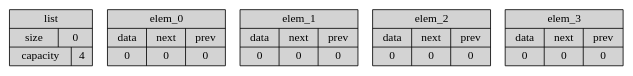
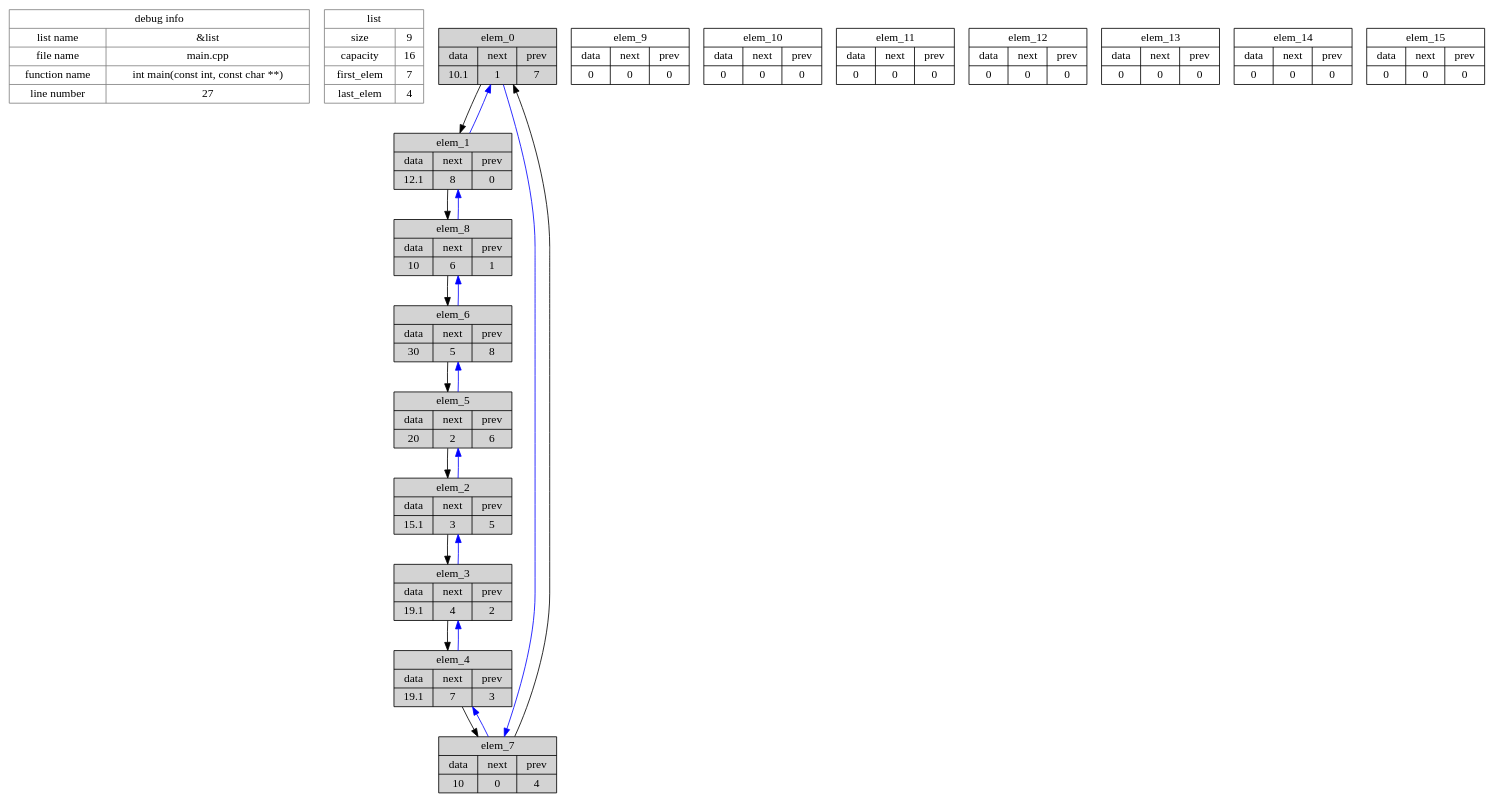
One commit to mikhio/IogList changed the diagram in graph_dump.gv. Above: the diagram before and after it, drawn with Graphviz. The commit also changed 6 other files, not shown here.

Commit message:
updated graph dump and made InsertAfter, InsertBefore functions

```diff
--- a/graph_dump.gv
+++ b/graph_dump.gv
@@ -1,38 +1,147 @@
 digraph G {
+debug_info [
+shape=record,
+label="{debug info | { {list name | file name | function name | line number} | {&list | main.cpp | int main(const int, const char **) | 27} }}",
+fillcolor=white,
+color=grey,
+style="filled",
+];
 list [
 shape=record,
-label="{list | {size | 0} | {capacity | 4}}",
-fillcolor=lightgrey,
-color=black,
+label="{list | { {size | capacity | first_elem | last_elem} | {9 | 16 | 7 | 4} }}",
+fillcolor=white,
+color=grey,
 style="filled",
 ];
 elem_0 [
   shape=record,
-  label="{elem_0 | {{data | 0} | {<next_0> next | 0} | {<prev_0> prev | 0}}}",
+  label="{elem_0 | {{data | 10.1} | {next | 1} | {prev | 7}}}",
   fillcolor=lightgrey,
   color=black,
   style="filled"
 ];
 elem_1 [
   shape=record,
-  label="{elem_1 | {{data | 0} | {<next_1> next | 0} | {<prev_1> prev | 0}}}",
+  label="{elem_1 | {{data | 12.1} | {next | 8} | {prev | 0}}}",
   fillcolor=lightgrey,
   color=black,
   style="filled"
 ];
 elem_2 [
   shape=record,
-  label="{elem_2 | {{data | 0} | {<next_2> next | 0} | {<prev_2> prev | 0}}}",
+  label="{elem_2 | {{data | 15.1} | {next | 3} | {prev | 5}}}",
   fillcolor=lightgrey,
   color=black,
   style="filled"
 ];
 elem_3 [
   shape=record,
-  label="{elem_3 | {{data | 0} | {<next_3> next | 0} | {<prev_3> prev | 0}}}",
+  label="{elem_3 | {{data | 19.1} | {next | 4} | {prev | 2}}}",
   fillcolor=lightgrey,
   color=black,
   style="filled"
 ];
+elem_4 [
+  shape=record,
+  label="{elem_4 | {{data | 19.1} | {next | 7} | {prev | 3}}}",
+  fillcolor=lightgrey,
+  color=black,
+  style="filled"
+];
+elem_5 [
+  shape=record,
+  label="{elem_5 | {{data | 20} | {next | 2} | {prev | 6}}}",
+  fillcolor=lightgrey,
+  color=black,
+  style="filled"
+];
+elem_6 [
+  shape=record,
+  label="{elem_6 | {{data | 30} | {next | 5} | {prev | 8}}}",
+  fillcolor=lightgrey,
+  color=black,
+  style="filled"
+];
+elem_7 [
+  shape=record,
+  label="{elem_7 | {{data | 10} | {next | 0} | {prev | 4}}}",
+  fillcolor=lightgrey,
+  color=black,
+  style="filled"
+];
+elem_8 [
+  shape=record,
+  label="{elem_8 | {{data | 10} | {next | 6} | {prev | 1}}}",
+  fillcolor=lightgrey,
+  color=black,
+  style="filled"
+];
+elem_9 [
+  shape=record,
+  label="{elem_9 | {{data | 0} | {next | 0} | {prev | 0}}}",
+  fillcolor=white,
+  color=black,
+  style="filled"
+];
+elem_10 [
+  shape=record,
+  label="{elem_10 | {{data | 0} | {next | 0} | {prev | 0}}}",
+  fillcolor=white,
+  color=black,
+  style="filled"
+];
+elem_11 [
+  shape=record,
+  label="{elem_11 | {{data | 0} | {next | 0} | {prev | 0}}}",
+  fillcolor=white,
+  color=black,
+  style="filled"
+];
+elem_12 [
+  shape=record,
+  label="{elem_12 | {{data | 0} | {next | 0} | {prev | 0}}}",
+  fillcolor=white,
+  color=black,
+  style="filled"
+];
+elem_13 [
+  shape=record,
+  label="{elem_13 | {{data | 0} | {next | 0} | {prev | 0}}}",
+  fillcolor=white,
+  color=black,
+  style="filled"
+];
+elem_14 [
+  shape=record,
+  label="{elem_14 | {{data | 0} | {next | 0} | {prev | 0}}}",
+  fillcolor=white,
+  color=black,
+  style="filled"
+];
+elem_15 [
+  shape=record,
+  label="{elem_15 | {{data | 0} | {next | 0} | {prev | 0}}}",
+  fillcolor=white,
+  color=black,
+  style="filled"
+];
 
+elem_0 -> elem_1 [color=black, line=stigh];
+elem_0 -> elem_7 [color=blue];
+elem_1 -> elem_8 [color=black, line=stigh];
+elem_1 -> elem_0 [color=blue];
+elem_2 -> elem_3 [color=black, line=stigh];
+elem_2 -> elem_5 [color=blue];
+elem_3 -> elem_4 [color=black, line=stigh];
+elem_3 -> elem_2 [color=blue];
+elem_4 -> elem_7 [color=black, line=stigh];
+elem_4 -> elem_3 [color=blue];
+elem_5 -> elem_2 [color=black, line=stigh];
+elem_5 -> elem_6 [color=blue];
+elem_6 -> elem_5 [color=black, line=stigh];
+elem_6 -> elem_8 [color=blue];
+elem_7 -> elem_0 [color=black, line=stigh];
+elem_7 -> elem_4 [color=blue];
+elem_8 -> elem_6 [color=black, line=stigh];
+elem_8 -> elem_1 [color=blue];
 }
```
